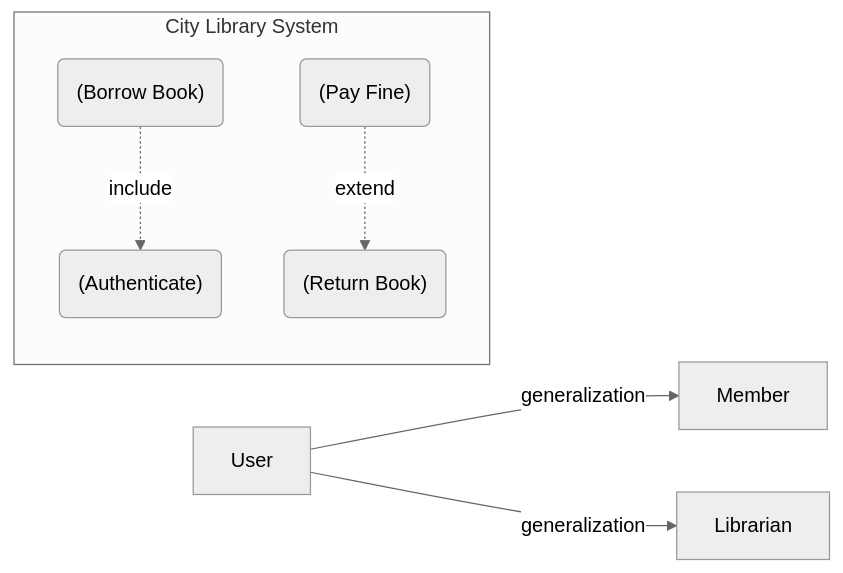
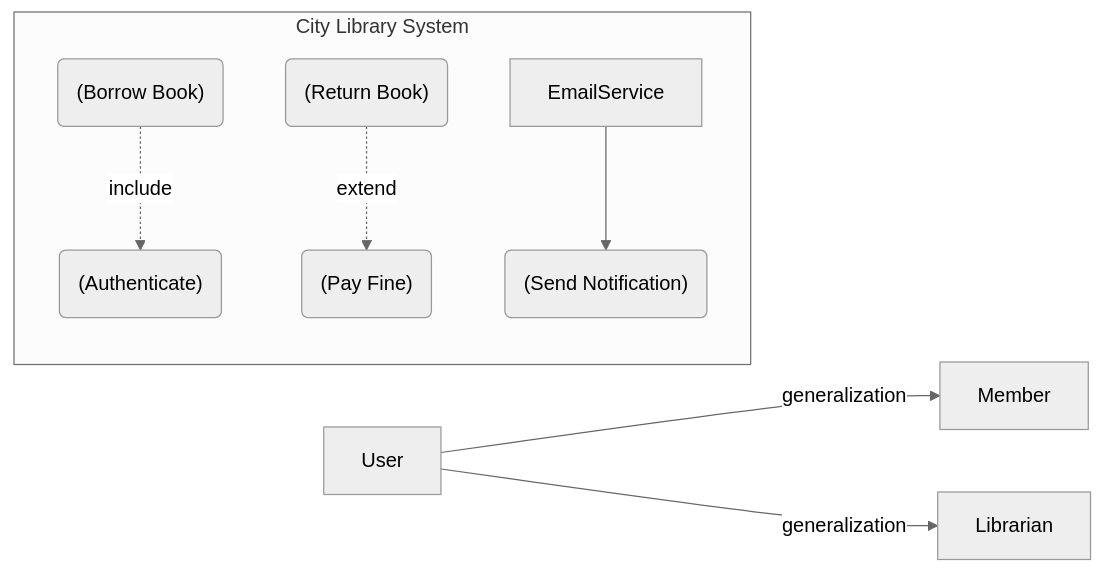
Before and after one commit to Mirroxyz/KPI: the diagram in lab2/use-case.mmd, drawn with Mermaid (neutral theme).

Commit message:
fix: resolve ambiguity in EARS requirements and use case semantics

```diff
--- a/lab2/use-case.mmd
+++ b/lab2/use-case.mmd
@@ -1,15 +1,18 @@
 %% Лабораторна робота №2 - Use Case діаграма
 flowchart LR
     User["User"]
     Member["Member"]
     Librarian["Librarian"]
+    EmailService["EmailService"]
     User -->|generalization| Member
     User -->|generalization| Librarian
     subgraph System["City Library System"]
         Auth("(Authenticate)")
         Borrow("(Borrow Book)")
         Return("(Return Book)")
         Pay("(Pay Fine)")
+        Notify("(Send Notification)")
         Borrow -. "include" .-> Auth
-        Pay -. "extend" .-> Return
+        Return -. "extend" .-> Pay
+        EmailService --> Notify
     end
```
